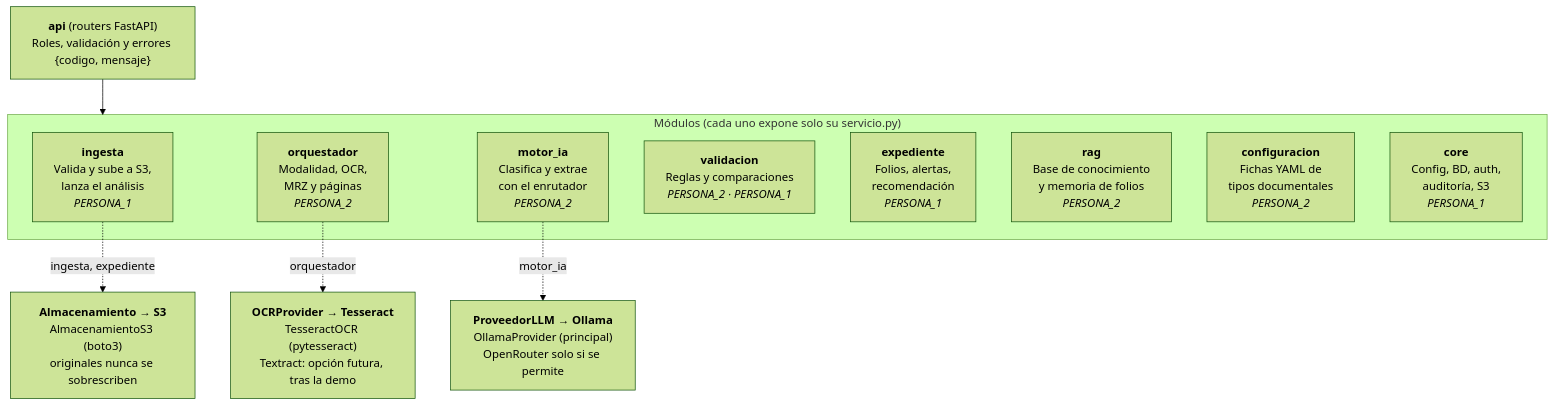
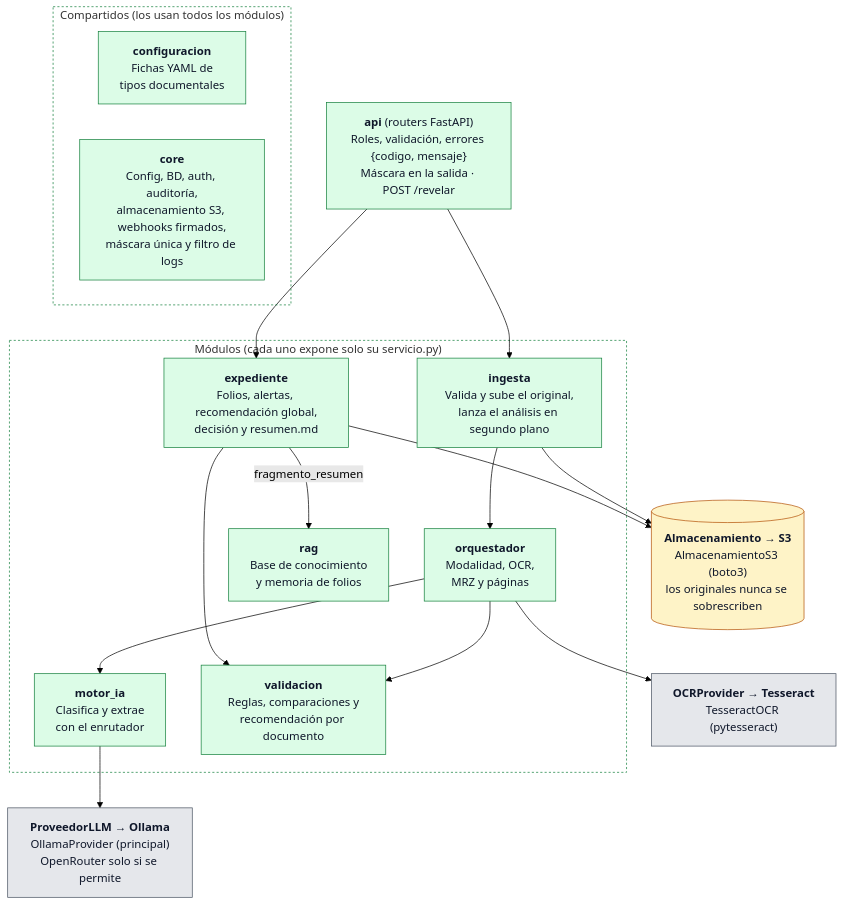
One commit to SantiagoEspinosa-ai/Gestor_Documental changed the third of 5 diagrams in docs/arquitectura_solucion.md. Above: the diagram before and after it, drawn with Mermaid (forest theme). The commit also changed other lines of this file, not shown here.

First line of the commit message:
docs(arquitectura): C4 al dia, colores por tipo y limitaciones conocidas

````diff
--- a/docs/arquitectura_solucion.md
+++ b/docs/arquitectura_solucion.md
@@ -106,24 +140,45 @@
 ```mermaid
 flowchart TB
-    api["<b>api</b> (routers FastAPI)<br/>Roles, validación y errores {codigo, mensaje}"]
+    api["<b>api</b> (routers FastAPI)<br/>Roles, validación, errores {codigo, mensaje}<br/>Máscara en la salida · POST /revelar"]
 
     subgraph modulos["Módulos (cada uno expone solo su servicio.py)"]
-        ingesta["<b>ingesta</b><br/>Valida y sube a S3,<br/>lanza el análisis<br/><i>PERSONA_1</i>"]
-        orquestador["<b>orquestador</b><br/>Modalidad, OCR,<br/>MRZ y páginas<br/><i>PERSONA_2</i>"]
-        motor["<b>motor_ia</b><br/>Clasifica y extrae<br/>con el enrutador<br/><i>PERSONA_2</i>"]
-        validacion["<b>validacion</b><br/>Reglas y comparaciones<br/><i>PERSONA_2 · PERSONA_1</i>"]
-        expediente["<b>expediente</b><br/>Folios, alertas,<br/>recomendación<br/><i>PERSONA_1</i>"]
-        rag["<b>rag</b><br/>Base de conocimiento<br/>y memoria de folios<br/><i>PERSONA_2</i>"]
-        configuracion["<b>configuracion</b><br/>Fichas YAML de<br/>tipos documentales<br/><i>PERSONA_2</i>"]
-        core["<b>core</b><br/>Config, BD, auth,<br/>auditoría, S3<br/><i>PERSONA_1</i>"]
+        ingesta["<b>ingesta</b><br/>Valida y sube el original,<br/>lanza el análisis en segundo plano"]
+        orquestador["<b>orquestador</b><br/>Modalidad, OCR,<br/>MRZ y páginas"]
+        motor["<b>motor_ia</b><br/>Clasifica y extrae<br/>con el enrutador"]
+        validacion["<b>validacion</b><br/>Reglas, comparaciones y<br/>recomendación por documento"]
+        expediente["<b>expediente</b><br/>Folios, alertas, recomendación global,<br/>decisión y resumen.md"]
+        rag["<b>rag</b><br/>Base de conocimiento<br/>y memoria de folios"]
     end
 
-    alm["<b>Almacenamiento → S3</b><br/>AlmacenamientoS3 (boto3)<br/>originales nunca se sobrescriben"]
-    ocr["<b>OCRProvider → Tesseract</b><br/>TesseractOCR (pytesseract)<br/>Textract: opción futura, tras la demo"]
+    subgraph compartidos["Compartidos (los usan todos los módulos)"]
+        configuracion["<b>configuracion</b><br/>Fichas YAML de<br/>tipos documentales"]
+        core["<b>core</b><br/>Config, BD, auth, auditoría,<br/>almacenamiento S3, webhooks firmados,<br/>máscara única y filtro de logs"]
+    end
+
+    alm[("<b>Almacenamiento → S3</b><br/>AlmacenamientoS3 (boto3)<br/>los originales nunca se sobrescriben")]
+    ocr["<b>OCRProvider → Tesseract</b><br/>TesseractOCR (pytesseract)"]
     llm["<b>ProveedorLLM → Ollama</b><br/>OllamaProvider (principal)<br/>OpenRouter solo si se permite"]
 
-    api --> modulos
-    ingesta -. "ingesta, expediente" .-> alm
-    orquestador -. "orquestador" .-> ocr
-    motor -. "motor_ia" .-> llm
+    api --> ingesta
+    api --> expediente
+    ingesta --> orquestador
+    orquestador --> motor
+    orquestador --> validacion
+    expediente --> validacion
+    expediente -- "fragmento_resumen" --> rag
+    ingesta --> alm
+    expediente --> alm
+    orquestador --> ocr
+    motor --> llm
+
+    classDef persona fill:#dbeafe,stroke:#1d4ed8,color:#0f172a
+    classDef sistema fill:#dcfce7,stroke:#15803d,color:#0f172a
+    classDef bd fill:#fef3c7,stroke:#b45309,color:#0f172a
+    classDef externo fill:#e5e7eb,stroke:#4b5563,color:#0f172a
+    classDef bloqueado fill:#fee2e2,stroke:#b91c1c,color:#0f172a,stroke-dasharray:5 5
+    class api,ingesta,orquestador,motor,validacion,expediente,rag,configuracion,core sistema
+    class alm bd
+    class ocr,llm externo
+    style modulos fill:none,stroke:#15803d,stroke-dasharray:3 3
+    style compartidos fill:none,stroke:#15803d,stroke-dasharray:3 3
 ```
````
